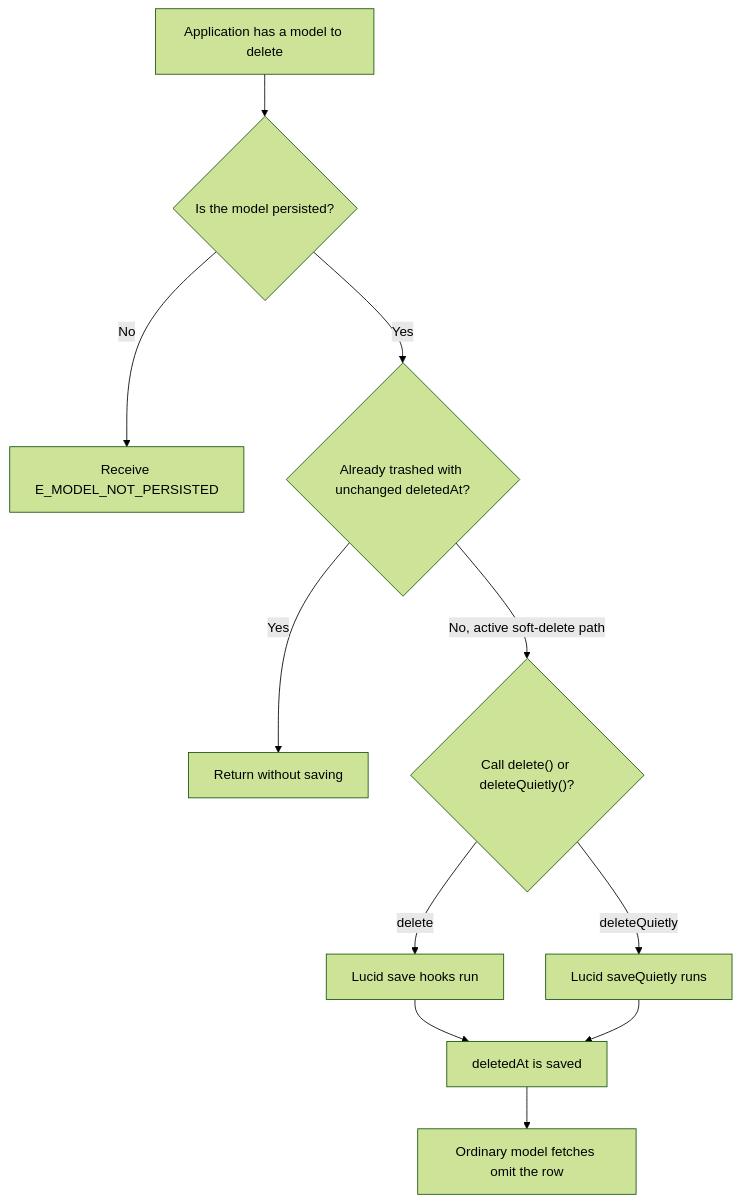
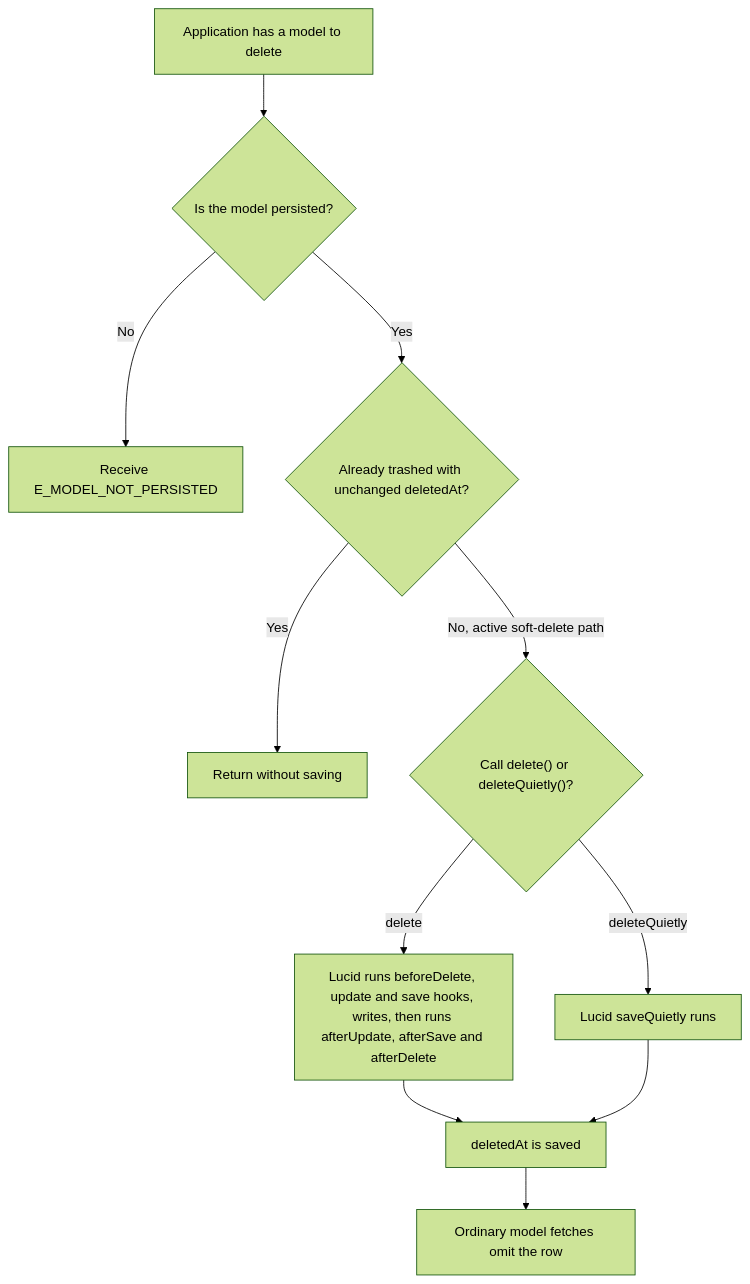
Before and after one commit to Kevinjohn/oss-adonisjs-lucid-soft-delete: the first of 2 diagrams in user-stories/soft-delete-instance/us-app-01-soft-delete-instance.md, drawn with Mermaid (forest theme). The commit also changed other lines of this file and 15 other files, not shown here.

````diff
--- a/user-stories/soft-delete-instance/us-app-01-soft-delete-instance.md
+++ b/user-stories/soft-delete-instance/us-app-01-soft-delete-instance.md
@@ -21,13 +21,13 @@
 ```mermaid
 flowchart TD
     A["Application has a model to delete"] --> G{"Is the model persisted?"}
     G -->|No| H["Receive E_MODEL_NOT_PERSISTED"]
     G -->|Yes| I{"Already trashed with unchanged deletedAt?"}
     I -->|Yes| J["Return without saving"]
     I -->|No, active soft-delete path| B{"Call delete() or deleteQuietly()?"}
-    B -->|delete| C["Lucid save hooks run"]
+    B -->|delete| C["Lucid runs beforeDelete, update and save hooks, writes, then runs afterUpdate, afterSave and afterDelete"]
     B -->|deleteQuietly| D["Lucid saveQuietly runs"]
     C --> E["deletedAt is saved"]
     D --> E
     E --> F["Ordinary model fetches omit the row"]
 ```
````
